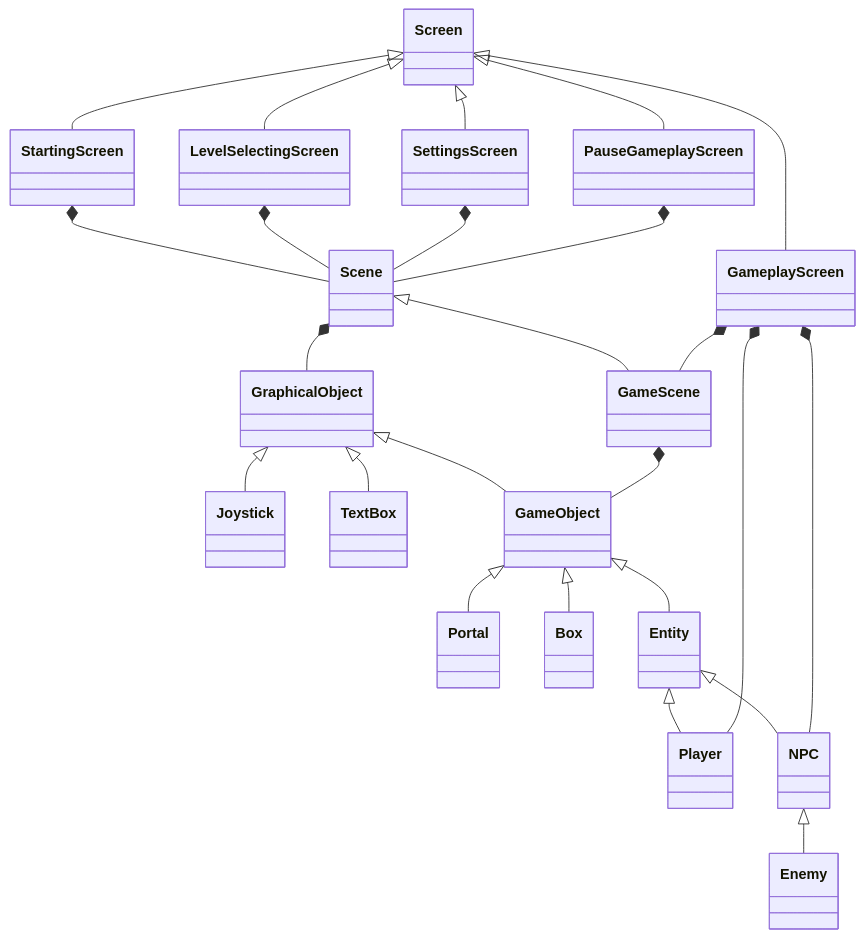
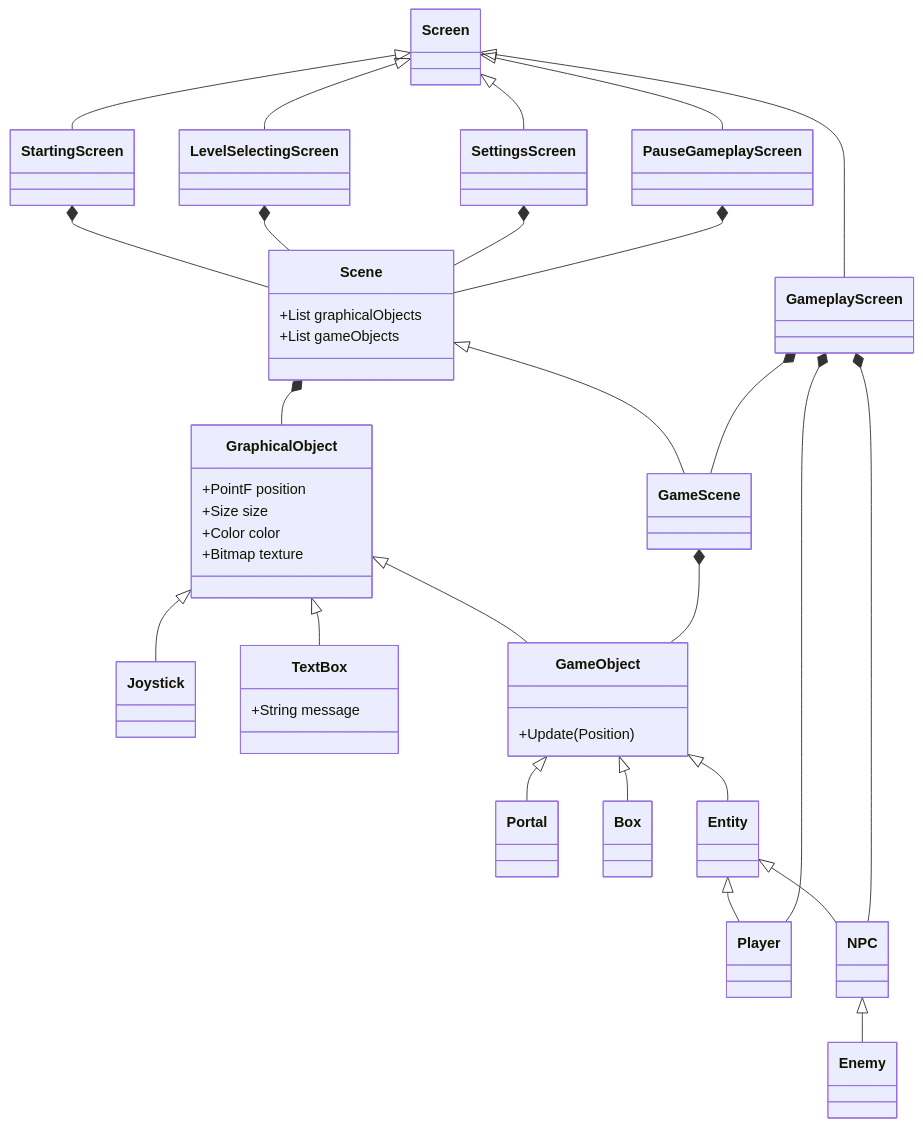
Before and after one commit to dRoycon/HS_SoftwareEngineeringProject: the diagram in planning_class_structure/README.md, drawn with Mermaid. The commit also changed other lines of this file, not shown here.

Commit message:
modified:   planning_class_structure/README.md

````diff
--- a/planning_class_structure/README.md
+++ b/planning_class_structure/README.md
@@ -3,36 +3,60 @@
 ``` mermaid
 classDiagram
     Screen <|-- StartingScreen
     Screen <|-- LevelSelectingScreen
     Screen <|-- SettingsScreen
     Screen <|-- PauseGameplayScreen
     Screen <|-- GameplayScreen
-
 
     StartingScreen *-- Scene
     LevelSelectingScreen *-- Scene
     SettingsScreen *-- Scene
     PauseGameplayScreen *-- Scene
 
     Scene *-- GraphicalObject
     Scene <|-- GameScene 
 
     GraphicalObject <|-- Joystick
     GraphicalObject <|-- TextBox
     GraphicalObject <|-- GameObject
 
     GameObject <|-- Portal
     GameObject <|-- Box
     GameObject <|-- Entity
     GameScene *-- GameObject 
 
 
     Entity <|-- Player
     Entity <|-- NPC
 
     NPC <|-- Enemy
 
     GameplayScreen *-- GameScene
     GameplayScreen *-- NPC
     GameplayScreen *-- Player
+
+    class GraphicalObject{
+        +PointF position
+        +Size size
+        +Color color
+        +Bitmap texture
+    }
+
+    class GameObject{
+        +Update(Position)
+    }
+
+    class Scene{
+        +List<GraphicalObject> graphicalObjects
+    }
+
+    class Scene{
+        +List<GameObject> gameObjects
+    }
+
+    class TextBox{
+        +String message
+    }
+
+
 ```
````
